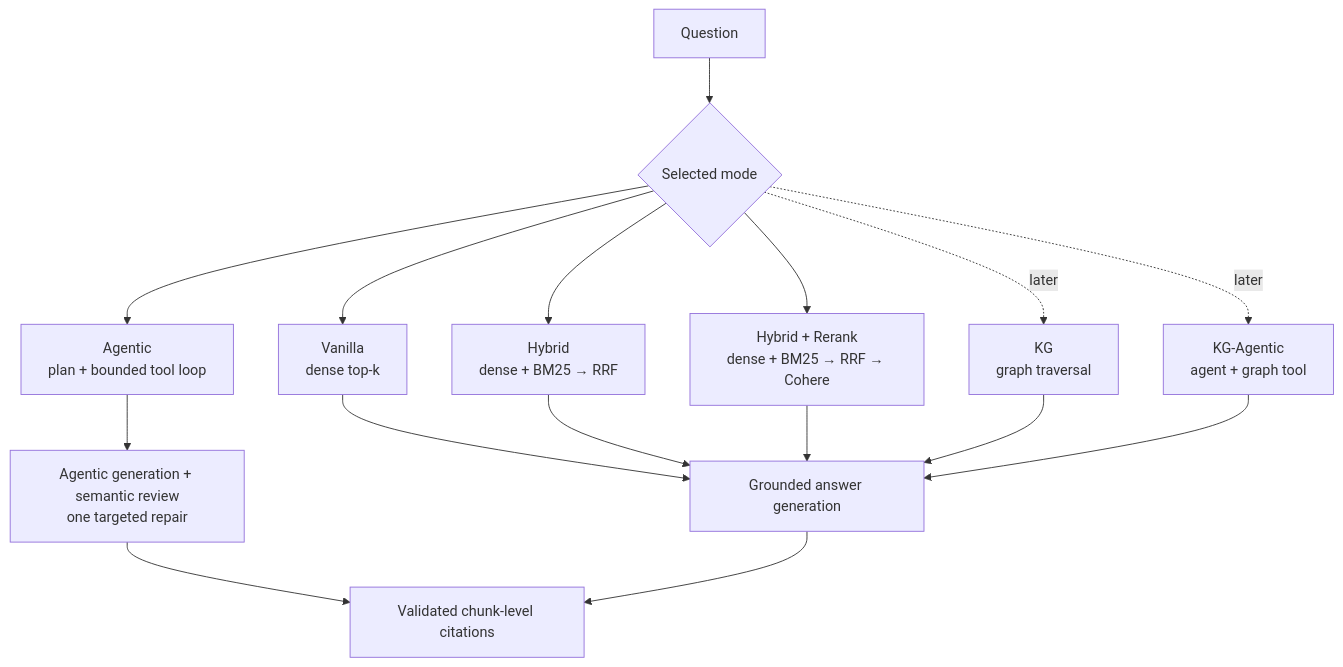
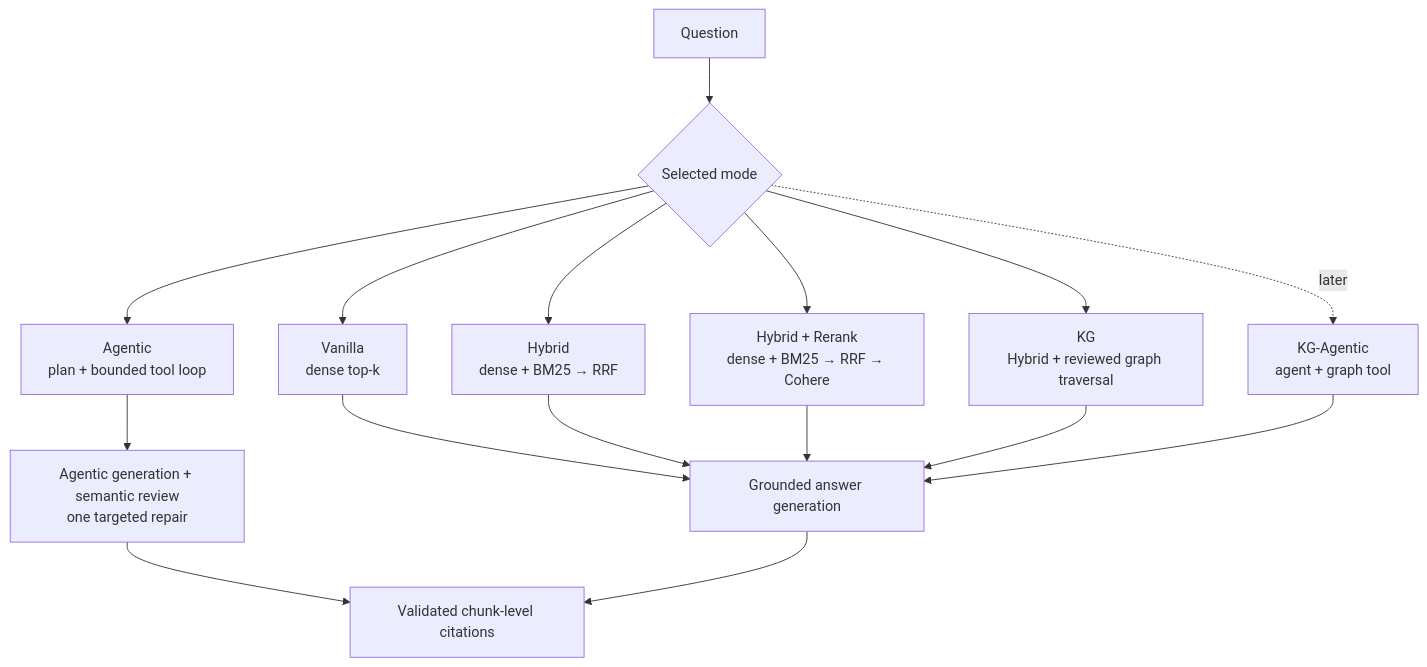
One commit to pdemeulenaer/rag-demo changed the diagram in docs/architecture/rag-modes.md. Above: the diagram before and after it, drawn with Mermaid. The commit also changed other lines of this file and 42 other files, not shown here.

````diff
--- a/docs/architecture/rag-modes.md
+++ b/docs/architecture/rag-modes.md
@@ -25,18 +25,18 @@
 ```mermaid
 flowchart TB
     Q[Question] --> M{Selected mode}
     M --> V[Vanilla<br/>dense top-k]
     M --> H[Hybrid<br/>dense + BM25 → RRF]
     M --> HR[Hybrid + Rerank<br/>dense + BM25 → RRF → Cohere]
     M --> A[Agentic<br/>plan + bounded tool loop]
-    M -. later .-> K[KG<br/>graph traversal]
+    M --> K[KG<br/>Hybrid + reviewed graph traversal]
     M -. later .-> KA[KG-Agentic<br/>agent + graph tool]
     V --> G[Grounded answer generation]
     H --> G
     HR --> G
     A --> AG[Agentic generation + semantic review<br/>one targeted repair]
     AG --> C
     K --> G
     KA --> G
     G --> C[Validated chunk-level citations]
 ```
````
